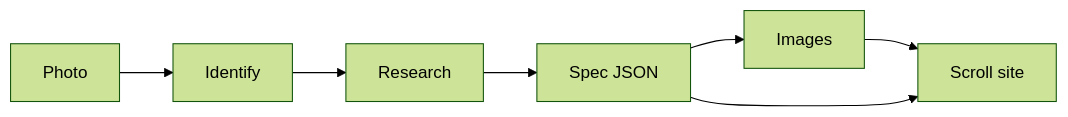
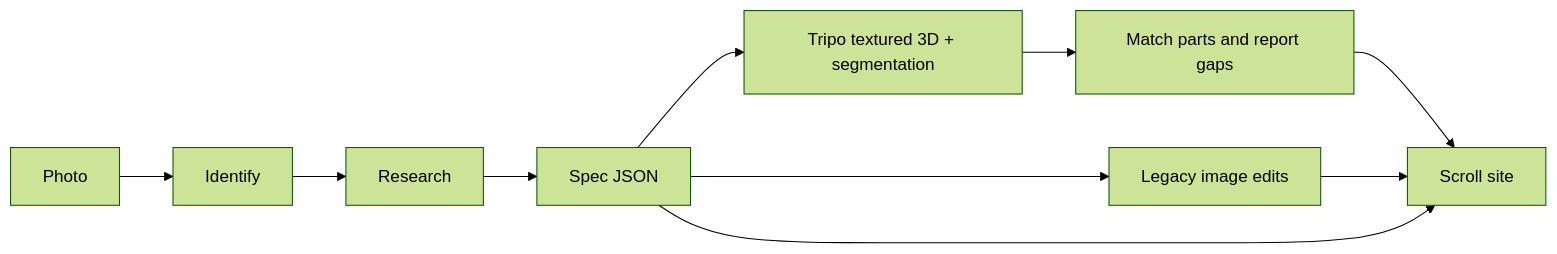
The diagram in README.md (tstockham96/atomic-explainer), drawn with Mermaid (forest theme) before and after one commit. The commit also changed other lines of this file and 150 other files, not shown here.

````diff
--- a/README.md
+++ b/README.md
@@ -76,9 +112,12 @@
 ```mermaid
 flowchart LR
   photo[Photo] --> identify[Identify]
   identify --> research[Research]
   research --> spec[Spec JSON]
-  spec --> images[Images]
+  spec --> mesh[Tripo textured 3D + segmentation]
+  mesh --> coverage[Match parts and report gaps]
+  coverage --> site
+  spec --> images[Legacy image edits]
   images --> site[Scroll site]
   spec --> site
 ```
````
